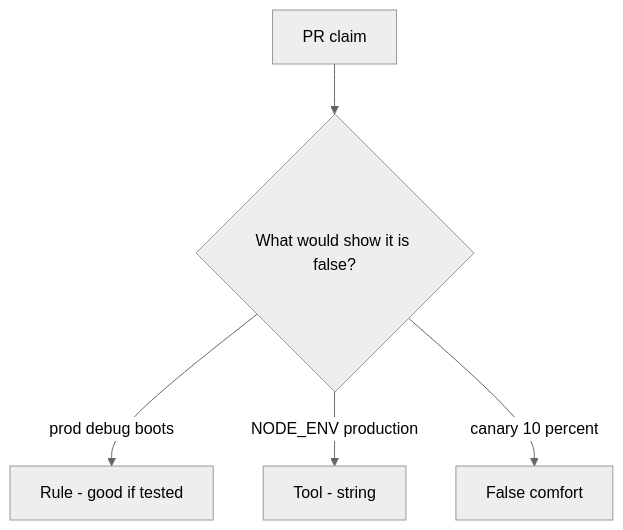
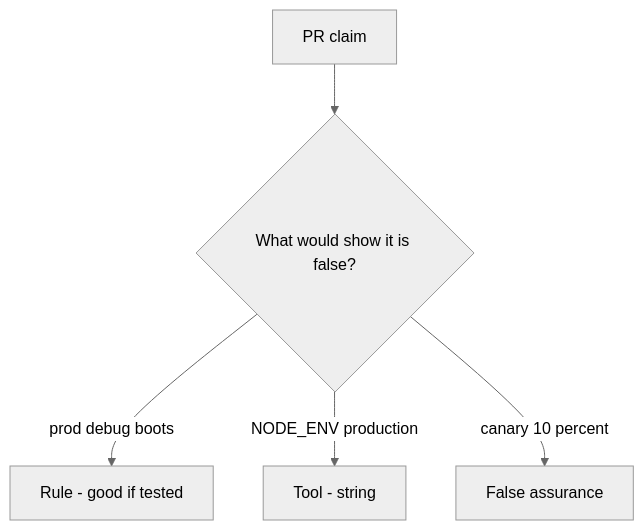
One commit to ishitvagoel/LearnSecurity changed the diagram in content/modules/10/10.4/lessons/08-review.md. Above: the diagram before and after it, drawn with Mermaid (neutral theme). The commit also changed other lines of this file and 240 other files, not shown here.

````diff
--- a/content/modules/10/10.4/lessons/08-review.md
+++ b/content/modules/10/10.4/lessons/08-review.md
@@ -18,7 +18,7 @@
 ```mermaid
 flowchart TD
   Claim[PR claim] --> Q{"What would show it is false?"}
   Q -->|prod debug boots| Property["Rule - good if tested"]
   Q -->|NODE_ENV production| Mechanism[Tool - string]
-  Q -->|canary 10 percent| False[False comfort]
+  Q -->|canary 10 percent| False[False assurance]
 ```
````
